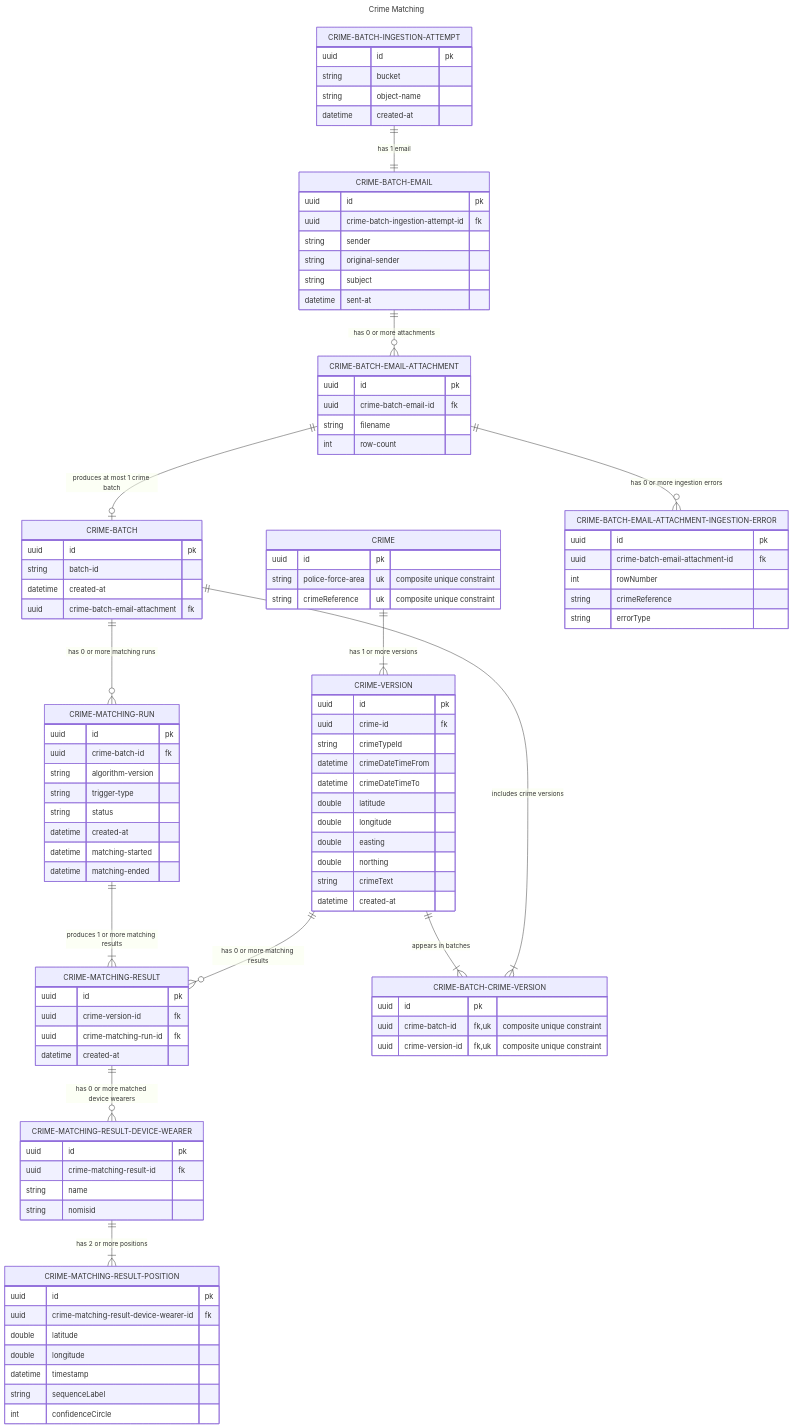
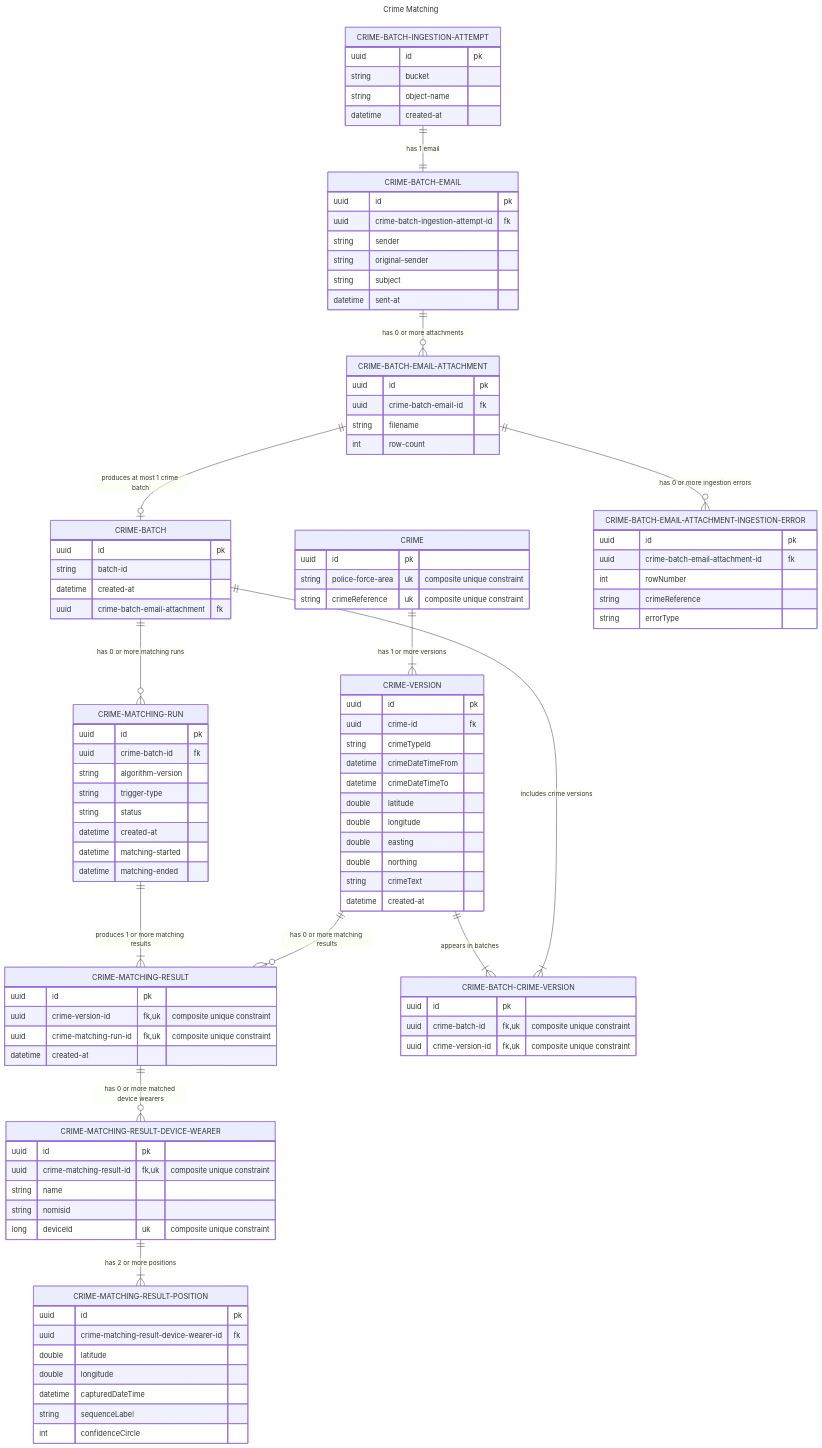
One commit to ministryofjustice/hmpps-electronic-monitoring-crime-matching-api changed the diagram in docs/model.mmd. Above: the diagram before and after it, drawn with Mermaid. The commit also changed 6 other files, not shown here.

First line of the commit message:
Flyway crime matching (#63)

```diff
--- a/docs/model.mmd
+++ b/docs/model.mmd
@@ -1,120 +1,121 @@
 ---
 title: Crime Matching
 ---
 erDiagram
     %% Domain
     CRIME 1 to 1+ CRIME-VERSION : "has 1 or more versions"
     CRIME-VERSION 1 to 0+ CRIME-MATCHING-RESULT : "has 0 or more matching results"
     CRIME-BATCH 1 to 1+ CRIME-BATCH-CRIME-VERSION : "includes crime versions"
     CRIME-VERSION 1 to 1+ CRIME-BATCH-CRIME-VERSION : "appears in batches"
 
     %% Ingestion
     CRIME-BATCH-EMAIL-ATTACHMENT 1 to zero or one CRIME-BATCH : "produces at most 1 crime batch"
     CRIME-BATCH-INGESTION-ATTEMPT 1 to 1 CRIME-BATCH-EMAIL : "has 1 email"
     CRIME-BATCH-EMAIL 1 to 0+ CRIME-BATCH-EMAIL-ATTACHMENT : "has 0 or more attachments"
     CRIME-BATCH-EMAIL-ATTACHMENT 1 to zero or more CRIME-BATCH-EMAIL-ATTACHMENT-INGESTION-ERROR : "has 0 or more ingestion errors"
 
     %% Matching
     CRIME-BATCH 1 to 0+ CRIME-MATCHING-RUN : "has 0 or more matching runs"
     CRIME-MATCHING-RUN 1 to 1+ CRIME-MATCHING-RESULT : "produces 1 or more matching results"
     CRIME-MATCHING-RESULT 1 to 0+ CRIME-MATCHING-RESULT-DEVICE-WEARER : "has 0 or more matched device wearers"
     CRIME-MATCHING-RESULT-DEVICE-WEARER 1 to 1+ CRIME-MATCHING-RESULT-POSITION : "has 2 or more positions"
 
     CRIME-BATCH {
         uuid id pk
         string batch-id
         datetime created-at
         uuid crime-batch-email-attachment fk
     }
 
     CRIME-BATCH-CRIME-VERSION {
         uuid id pk
         uuid crime-batch-id fk, uk "composite unique constraint"
         uuid crime-version-id fk, uk "composite unique constraint"
     }
 
     CRIME-BATCH-INGESTION-ATTEMPT {
         uuid id pk
         string bucket
         string object-name
         datetime created-at
     }
 
     CRIME-BATCH-EMAIL {
         uuid id pk
         uuid crime-batch-ingestion-attempt-id fk
         string sender
         string original-sender
         string subject
         datetime sent-at
     }
 
     CRIME-BATCH-EMAIL-ATTACHMENT {
         uuid id pk
         uuid crime-batch-email-id fk
         string filename
         int row-count
     }
 
     CRIME-BATCH-EMAIL-ATTACHMENT-INGESTION-ERROR {
         uuid id pk
         uuid crime-batch-email-attachment-id fk
         int rowNumber
         string crimeReference
         string errorType
     }
 
     CRIME {
         uuid id pk
         string police-force-area uk "composite unique constraint"
         string crimeReference uk "composite unique constraint"
     }
 
     CRIME-VERSION {
         uuid id pk
         uuid crime-id fk
         string crimeTypeId
         datetime crimeDateTimeFrom
         datetime crimeDateTimeTo
         double latitude
         double longitude
         double easting
         double northing
         string crimeText
         datetime created-at
     }
 
     CRIME-MATCHING-RUN {
         uuid id pk
         uuid crime-batch-id fk
         string algorithm-version
         string trigger-type
         string status
         datetime created-at
         datetime matching-started
         datetime matching-ended
     }
 
     CRIME-MATCHING-RESULT {
         uuid id pk
-        uuid crime-version-id fk
-        uuid crime-matching-run-id fk
+        uuid crime-version-id fk, uk "composite unique constraint"
+        uuid crime-matching-run-id fk, uk "composite unique constraint"
         datetime created-at
     }
 
     CRIME-MATCHING-RESULT-DEVICE-WEARER {
         uuid id pk
-        uuid crime-matching-result-id fk
+        uuid crime-matching-result-id fk, uk "composite unique constraint"
         string name
         string nomisid
+        long deviceId uk "composite unique constraint"
     }
 
     CRIME-MATCHING-RESULT-POSITION {
         uuid id pk
         uuid crime-matching-result-device-wearer-id fk
         double latitude
         double longitude
-        datetime timestamp
+        datetime capturedDateTime
         string sequenceLabel
         int confidenceCircle
     }
```
